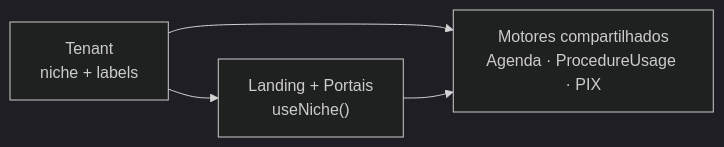
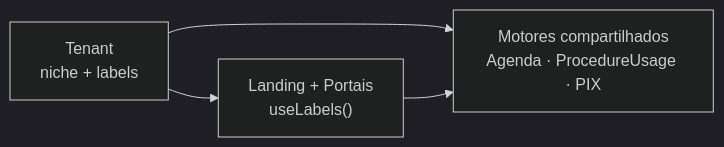
Before and after one commit to Piulres/sistema-bibi: the first of 14 diagrams in docs/ARQUITETURA.md, drawn with Mermaid (dark theme). The commit also changed other lines of this file and 20 other files, not shown here.

````diff
--- a/docs/ARQUITETURA.md
+++ b/docs/ARQUITETURA.md
@@ -30,9 +30,9 @@
 ```mermaid
 flowchart LR
   Tenant["Tenant<br/>niche + labels"]
-  UI["Landing + Portais<br/>useNiche()"]
+  UI["Landing + Portais<br/>useLabels()"]
   Core["Motores compartilhados<br/>Agenda · ProcedureUsage · PIX"]
   Tenant --> UI
   Tenant --> Core
   UI --> Core
 ```
````
